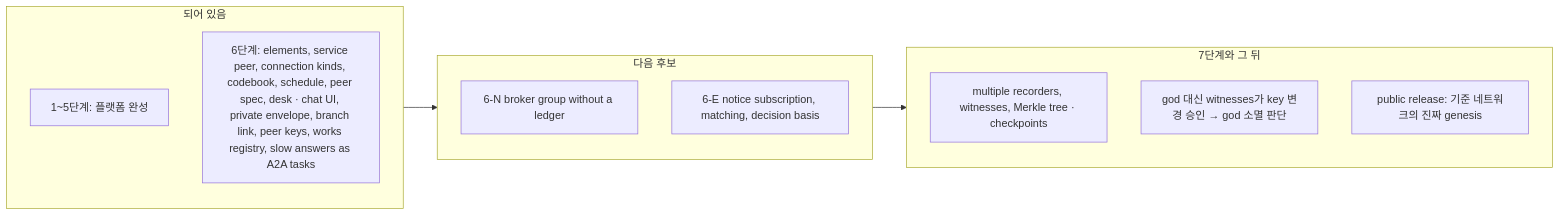
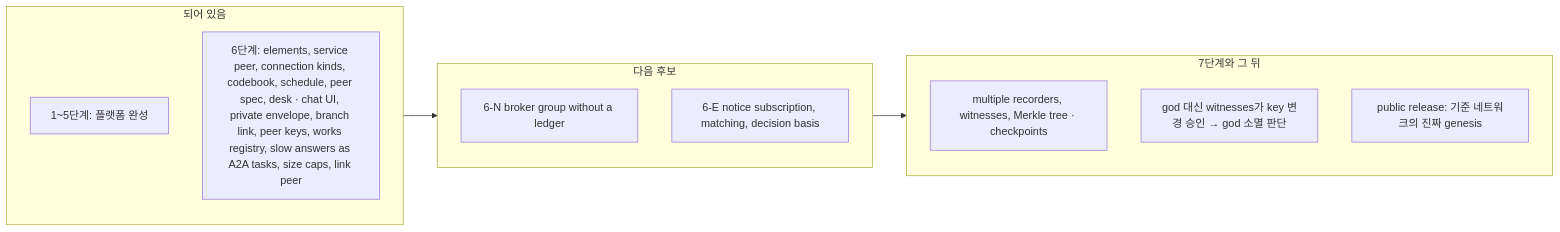
One commit to tanminkwan/share-ur-tokens changed diagram 32 of 32 in docs/education.md. Above: the diagram before and after it, drawn with Mermaid. The commit also changed other lines of this file and 25 other files, not shown here.

````diff
--- a/docs/education.md
+++ b/docs/education.md
@@ -840,17 +846,17 @@
 ```mermaid
 flowchart LR
     subgraph NOW["되어 있음"]
         N1["1~5단계: 플랫폼 완성"]
-        N2["6단계: elements, service peer, connection kinds, codebook, schedule, peer spec, desk · chat UI, private envelope, branch link, peer keys, works registry, slow answers as A2A tasks"]
+        N2["6단계: elements, service peer, connection kinds, codebook, schedule, peer spec, desk · chat UI, private envelope, branch link, peer keys, works registry, slow answers as A2A tasks, size caps, link peer"]
     end
     subgraph NEXT["다음 후보"]
         X2["6-N broker group without a ledger"]
         X3["6-E notice subscription, matching, decision basis"]
     end
     subgraph LATER["7단계와 그 뒤"]
         L1["multiple recorders, witnesses, Merkle tree · checkpoints"]
         L2["god 대신 witnesses가 key 변경 승인 → god 소멸 판단"]
         L3["public release: 기준 네트워크의 진짜 genesis"]
     end
     NOW --> NEXT --> LATER
 ```
````
